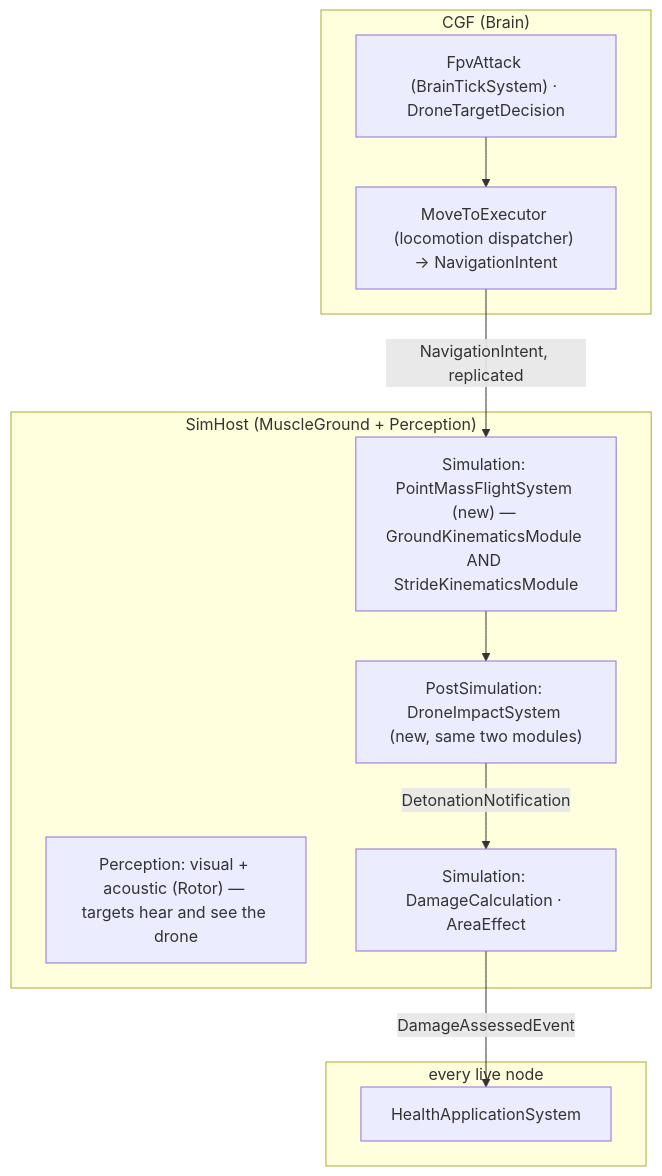
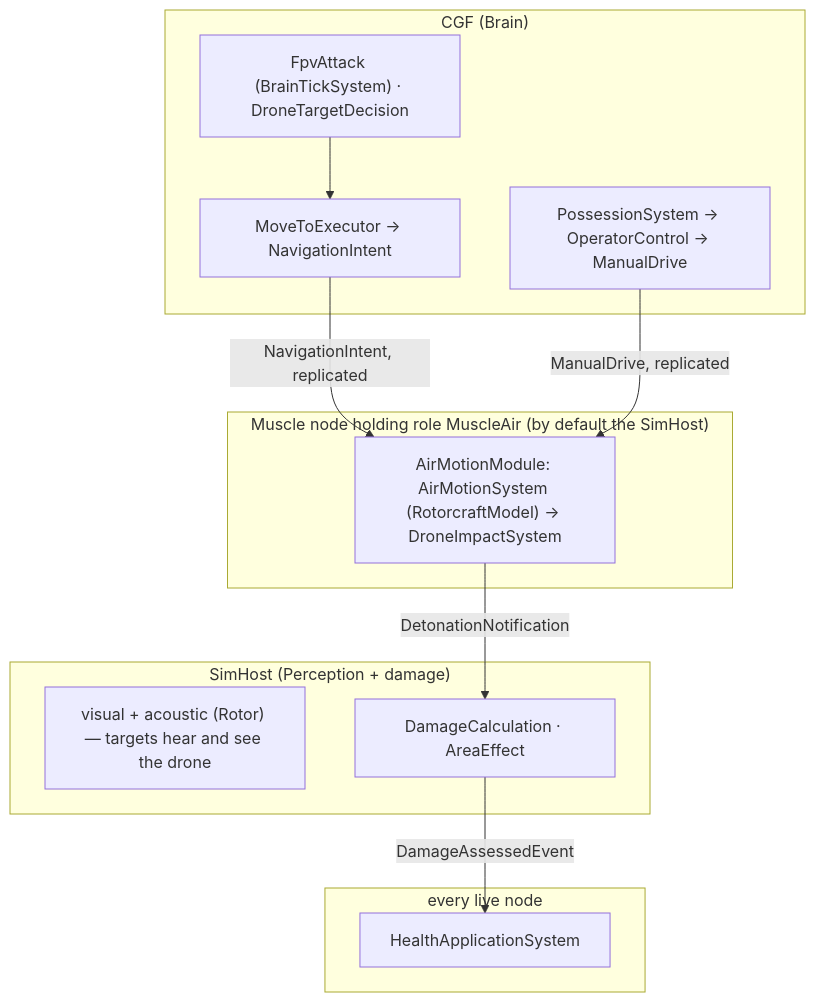
Before and after one commit to pjanec/HROT: the third of 3 diagrams in docs/designs/vehicle-tactics/DESIGN_FPV_Drone.md, drawn with Mermaid. The commit also changed other lines of this file and 2 other files, not shown here.

First line of the commit message:
Motion domains approved (MD-A..MD-H); the FPV drone flies as a RotorcraftModel

````diff
--- a/docs/designs/vehicle-tactics/DESIGN_FPV_Drone.md
+++ b/docs/designs/vehicle-tactics/DESIGN_FPV_Drone.md
@@ -169,18 +158,21 @@
 ```mermaid
 graph TD
   subgraph CGF["CGF (Brain)"]
     FA["FpvAttack (BrainTickSystem) · DroneTargetDecision"]
-    MT["MoveToExecutor (locomotion dispatcher) → NavigationIntent"]
+    MT["MoveToExecutor → NavigationIntent"]
+    PO["PossessionSystem → OperatorControl → ManualDrive"]
   end
-  subgraph SIM["SimHost (MuscleGround + Perception)"]
-    PF["Simulation: PointMassFlightSystem (new) — GroundKinematicsModule AND StrideKinematicsModule"]
-    LK["PostSimulation: DroneImpactSystem (new, same two modules)"]
-    PER["Perception: visual + acoustic (Rotor) — targets hear and see the drone"]
-    DMG["Simulation: DamageCalculation · AreaEffect"]
+  subgraph AIR["Muscle node holding role MuscleAir (by default the SimHost)"]
+    AM["AirMotionModule: AirMotionSystem (RotorcraftModel) → DroneImpactSystem"]
+  end
+  subgraph SIM["SimHost (Perception + damage)"]
+    PER["visual + acoustic (Rotor) — targets hear and see the drone"]
+    DMG["DamageCalculation · AreaEffect"]
   end
   subgraph ALL["every live node"]
     HA["HealthApplicationSystem"]
   end
-  FA --> MT -->|NavigationIntent, replicated| PF --> LK
-  LK -->|DetonationNotification| DMG -->|DamageAssessedEvent| HA
+  FA --> MT -->|NavigationIntent, replicated| AM
+  PO -->|ManualDrive, replicated| AM
+  AM -->|DetonationNotification| DMG -->|DamageAssessedEvent| HA
 ```
````
